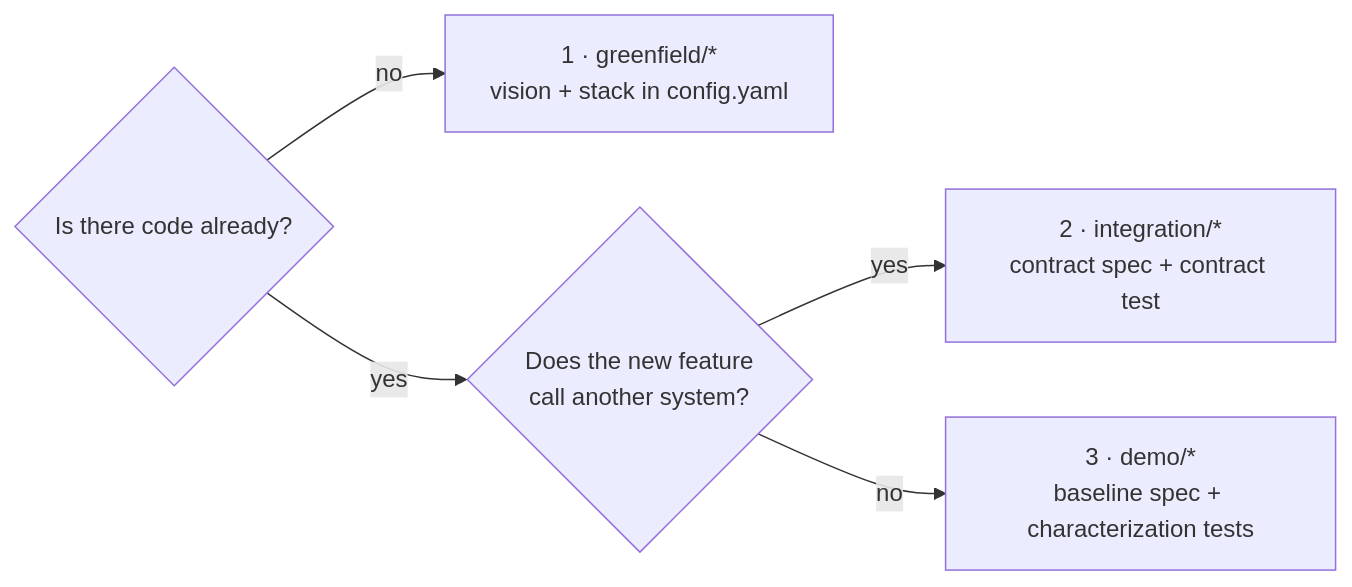
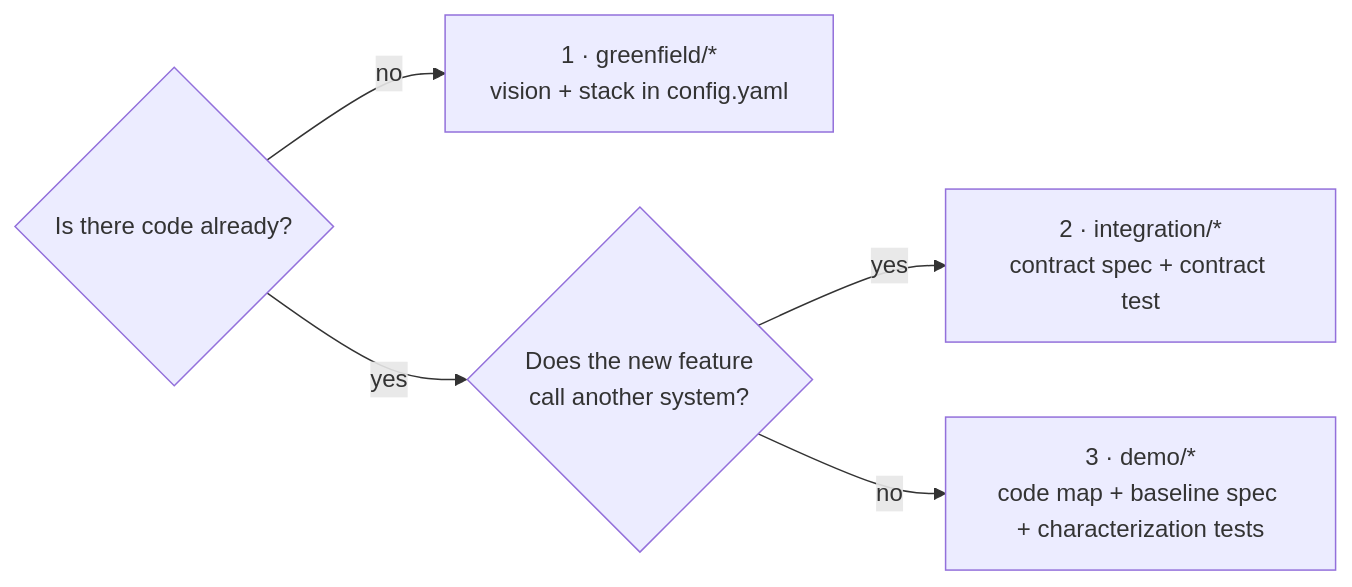
The diagram in README.md (santekno/openspec-taskboard-demo), drawn with Mermaid before and after one commit. The commit also changed other lines of this file, not shown here.

First line of the commit message:
docs: add the code map step and a three-scenario demo plan

````diff
--- a/README.md
+++ b/README.md
@@ -12,7 +12,7 @@
 ```mermaid
 flowchart LR
   Q{"Is there code already?"} -->|no| G["1 · greenfield/*<br>vision + stack in config.yaml"]
   Q -->|yes| R{"Does the new feature<br>call another system?"}
   R -->|yes| I["2 · integration/*<br>contract spec + contract test"]
-  R -->|no| L["3 · demo/*<br>baseline spec + characterization tests"]
+  R -->|no| L["3 · demo/*<br>code map + baseline spec + characterization tests"]
 ```
````
